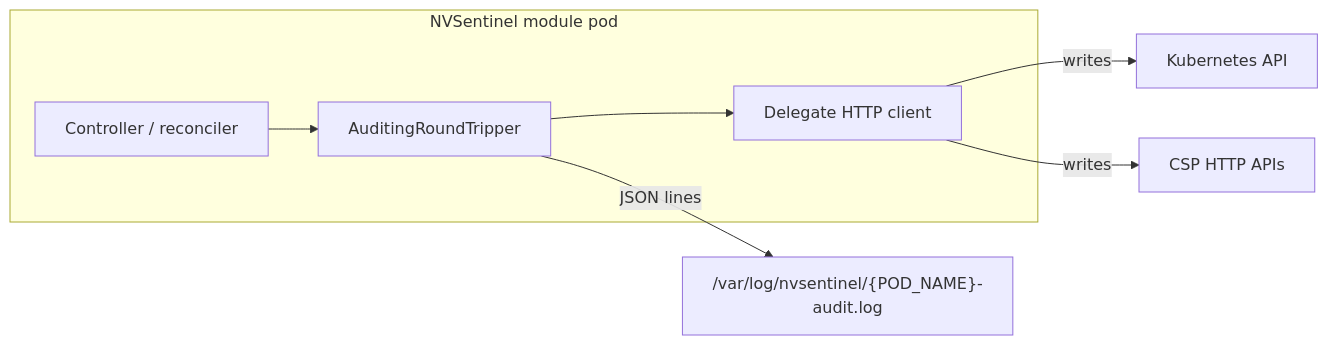
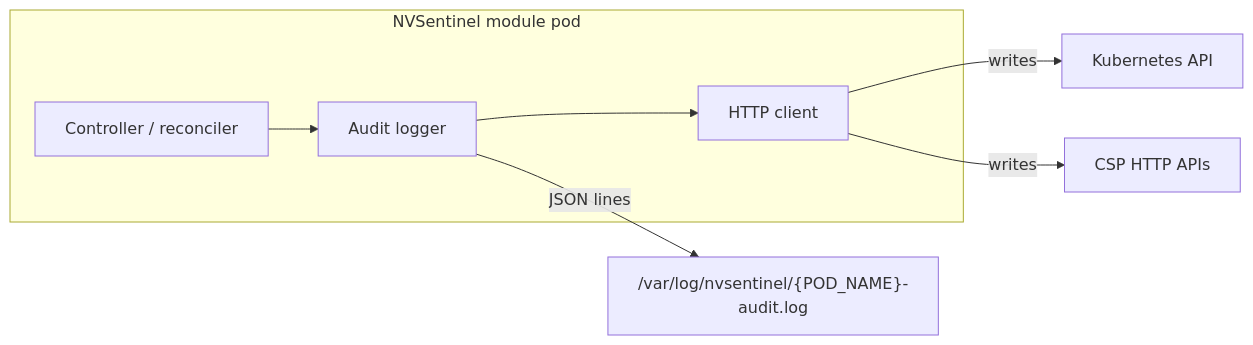
The diagram in docs/audit-logging.md (NVIDIA/NVSentinel), drawn with Mermaid before and after one commit. The commit also changed other lines of this file and 85 other files, not shown here.

````diff
--- a/docs/audit-logging.md
+++ b/docs/audit-logging.md
@@ -21,13 +21,13 @@
 ```mermaid
 flowchart LR
   subgraph NS["NVSentinel module pod"]
     APP[Controller / reconciler]
-    RT[AuditingRoundTripper]
-    HTTP[Delegate HTTP client]
+    RT[Audit logger]
+    HTTP[HTTP client]
     APP --> RT
     RT --> HTTP
   end
   HTTP -->|writes| K8S[Kubernetes API]
   HTTP -->|writes| CSP[CSP HTTP APIs]
   RT -->|JSON lines| LOG["/var/log/nvsentinel/{POD_NAME}-audit.log"]
 ```
````
